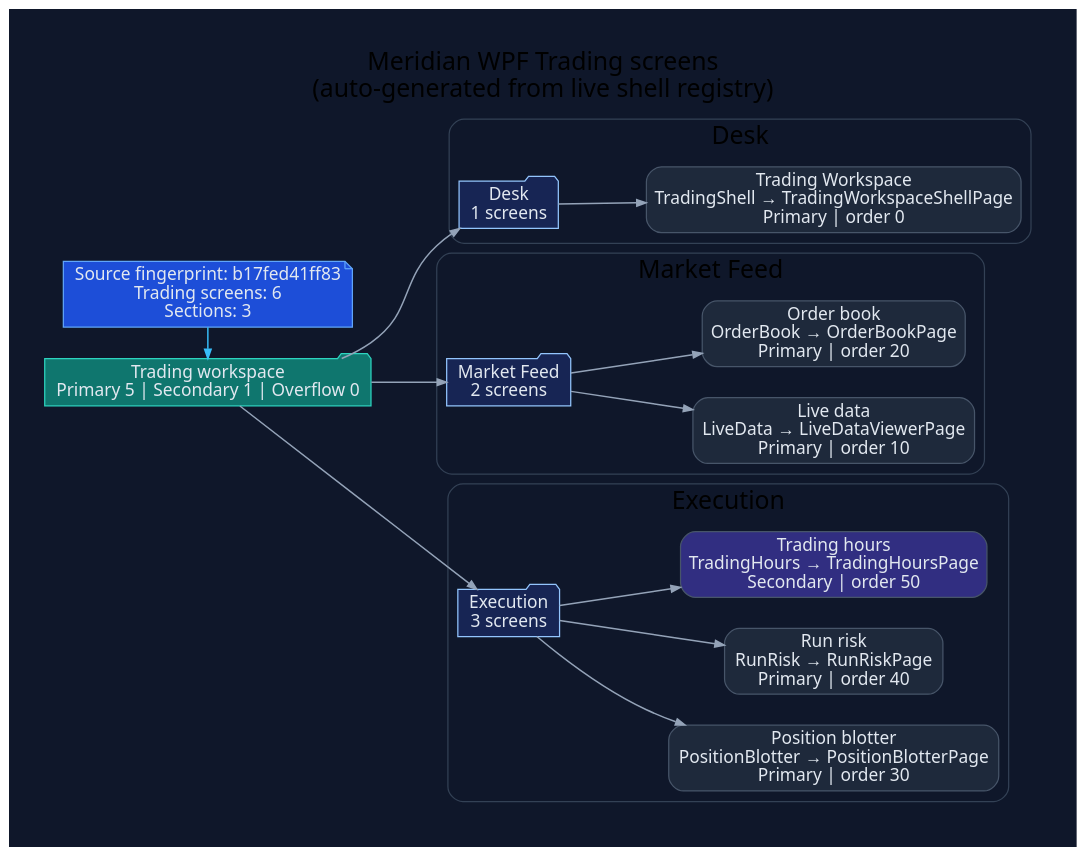
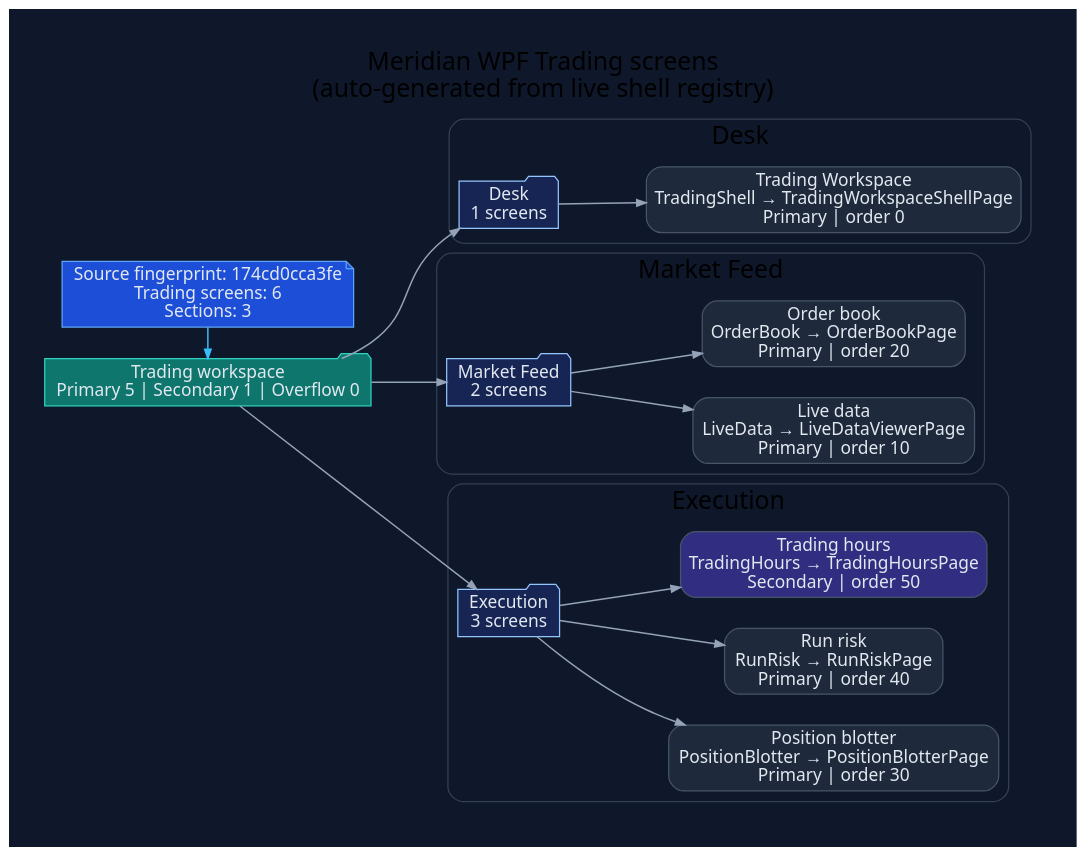
The diagram in docs/diagrams/ui/ui-wpf-screens-trading.dot (rodoHasArrived/Meridian-main), drawn with Graphviz before and after one commit. The commit also changed 47 other files, not shown here.

```diff
--- a/docs/diagrams/ui/ui-wpf-screens-trading.dot
+++ b/docs/diagrams/ui/ui-wpf-screens-trading.dot
@@ -1,62 +1,62 @@
 // -----------------------------------------------------------------------------
 // <auto-generated>
 // Generated by scripts/generate-diagrams.mjs.
 // Do not edit this file directly; update the WPF source files instead.
 // -----------------------------------------------------------------------------
 digraph WpfTradingScreens {
   graph [
     rankdir=LR,
     labelloc=t,
     label="Meridian WPF Trading screens\n(auto-generated from live shell registry)",
     fontname="Segoe UI",
     fontsize=20,
     pad=0.4,
     nodesep=0.35,
     ranksep=0.85,
     bgcolor="#0f172a"
   ];
   node [fontname="Segoe UI", shape=box, style="rounded,filled", color="#475569", fontcolor="#e2e8f0", fillcolor="#1e293b"];
   edge [fontname="Segoe UI", color="#94a3b8", penwidth=1.2, arrowsize=0.75];
 
-  generated [shape=note, fillcolor="#1d4ed8", color="#60a5fa", label="Source fingerprint: b17fed41ff83\nTrading screens: 6\nSections: 3"];
+  generated [shape=note, fillcolor="#1d4ed8", color="#60a5fa", label="Source fingerprint: 174cd0cca3fe\nTrading screens: 6\nSections: 3"];
   workspace [shape=folder, fillcolor="#0f766e", color="#2dd4bf", label="Trading workspace\nPrimary 5 | Secondary 1 | Overflow 0"];
   generated -> workspace [color="#38bdf8"];
 
   subgraph cluster_section_1 {
     label="Desk";
     color="#334155";
     style="rounded";
     section_1 [shape=folder, fillcolor="#172554", color="#93c5fd", label="Desk\n1 screens"];
     workspace -> section_1;
     screen_TradingShell [fillcolor="#1e293b", label="Trading Workspace\nTradingShell → TradingWorkspaceShellPage\nPrimary | order 0"];
     section_1 -> screen_TradingShell;
   }
 
   subgraph cluster_section_2 {
     label="Market Feed";
     color="#334155";
     style="rounded";
     section_2 [shape=folder, fillcolor="#172554", color="#93c5fd", label="Market Feed\n2 screens"];
     workspace -> section_2;
     screen_LiveData [fillcolor="#1e293b", label="Live data\nLiveData → LiveDataViewerPage\nPrimary | order 10"];
     section_2 -> screen_LiveData;
     screen_OrderBook [fillcolor="#1e293b", label="Order book\nOrderBook → OrderBookPage\nPrimary | order 20"];
     section_2 -> screen_OrderBook;
   }
 
   subgraph cluster_section_3 {
     label="Execution";
     color="#334155";
     style="rounded";
     section_3 [shape=folder, fillcolor="#172554", color="#93c5fd", label="Execution\n3 screens"];
     workspace -> section_3;
     screen_PositionBlotter [fillcolor="#1e293b", label="Position blotter\nPositionBlotter → PositionBlotterPage\nPrimary | order 30"];
     section_3 -> screen_PositionBlotter;
     screen_RunRisk [fillcolor="#1e293b", label="Run risk\nRunRisk → RunRiskPage\nPrimary | order 40"];
     section_3 -> screen_RunRisk;
     screen_TradingHours [fillcolor="#312e81", label="Trading hours\nTradingHours → TradingHoursPage\nSecondary | order 50"];
     section_3 -> screen_TradingHours;
   }
 
   { rank=min; generated; workspace; }
 }
```
